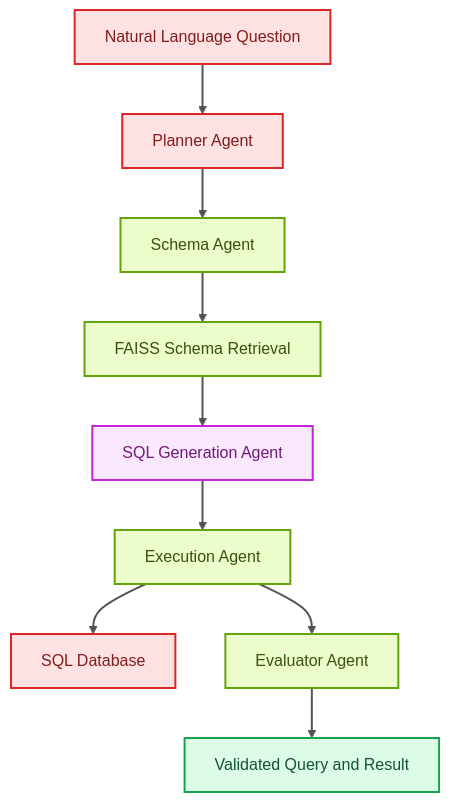
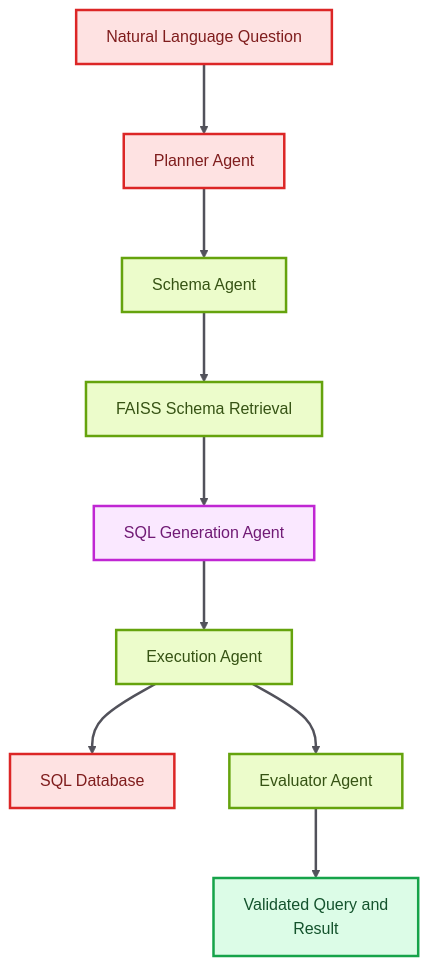
One commit to skx56/Intelligent-SQL-Query-Agent changed the diagram in README.md. Above: the diagram before and after it, drawn with Mermaid.

Commit message:
Make README architecture diagram vertical

````diff
--- a/README.md
+++ b/README.md
@@ -31,22 +31,23 @@
 ```mermaid
+%%{init: {"flowchart": {"nodeSpacing": 55, "rankSpacing": 70, "curve": "basis"}, "themeVariables": {"fontSize": "16px", "fontFamily": "Inter, ui-sans-serif, system-ui, -apple-system, BlinkMacSystemFont, Segoe UI, sans-serif"}}}%%
 flowchart TD
   Question["Natural Language Question"] --> Planner["Planner Agent"]
   Planner --> Schema["Schema Agent"]
   Schema --> RAG["FAISS Schema Retrieval"]
   RAG --> SQLAgent["SQL Generation Agent"]
   SQLAgent --> Executor["Execution Agent"]
   Executor --> Database["SQL Database"]
   Executor --> Evaluator["Evaluator Agent"]
-  Evaluator --> Answer["Validated Query and Result"]
+  Evaluator --> Answer["Validated Query and<br/>Result"]
 
-  classDef inputs fill:#FEE2E2,stroke:#DC2626,color:#7F1D1D,stroke-width:2px;
-  classDef process fill:#ECFCCB,stroke:#65A30D,color:#365314,stroke-width:2px;
-  classDef data fill:#DBEAFE,stroke:#2563EB,color:#1E3A8A,stroke-width:2px;
-  classDef agent fill:#FAE8FF,stroke:#C026D3,color:#701A75,stroke-width:2px;
-  classDef output fill:#DCFCE7,stroke:#16A34A,color:#14532D,stroke-width:2px;
+  classDef inputs fill:#FEE2E2,stroke:#DC2626,color:#7F1D1D,stroke-width:2.5px;
+  classDef process fill:#ECFCCB,stroke:#65A30D,color:#365314,stroke-width:2.5px;
+  classDef data fill:#DBEAFE,stroke:#2563EB,color:#1E3A8A,stroke-width:2.5px;
+  classDef agent fill:#FAE8FF,stroke:#C026D3,color:#701A75,stroke-width:2.5px;
+  classDef output fill:#DCFCE7,stroke:#16A34A,color:#14532D,stroke-width:2.5px;
   class Question,Planner,Database inputs;
   class Schema,RAG,Executor,Evaluator process;
   class SQLAgent agent;
   class Answer output;
-  linkStyle default stroke:#52525B,stroke-width:2px;
+  linkStyle default stroke:#52525B,stroke-width:2.5px;
 ```
````
